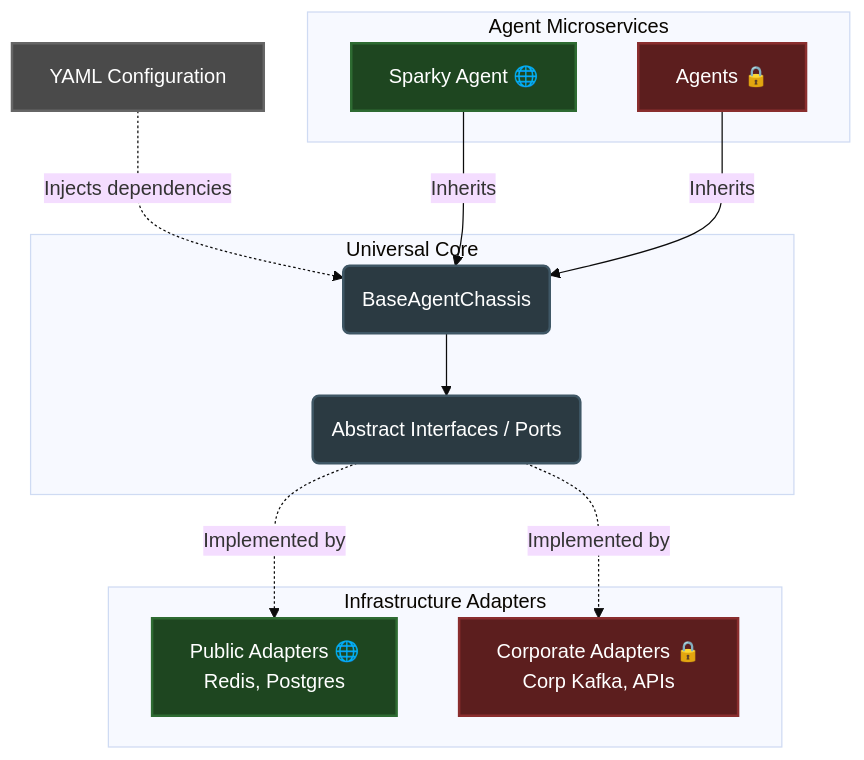
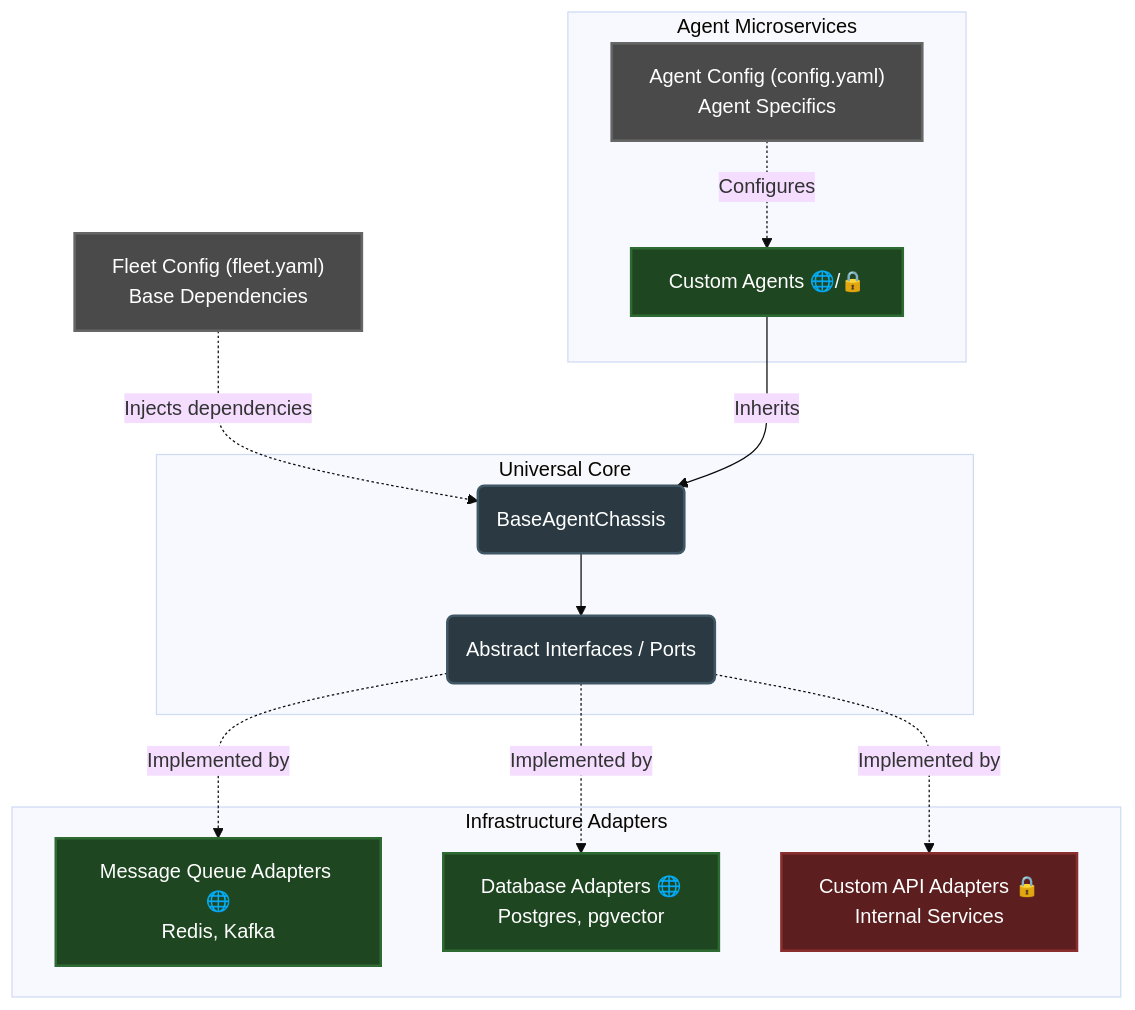
Before and after one commit to imraytiong/agentic-dev: the diagram in README.md, drawn with Mermaid (base theme). The commit also changed other lines of this file and 1 other file, not shown here.

````diff
--- a/README.md
+++ b/README.md
@@ -27,35 +27,37 @@
 ```mermaid
 flowchart TD
     %% Styling
     classDef core fill:#2b3a42,stroke:#3f5765,stroke-width:2px,color:#fff;
     classDef public fill:#1e4620,stroke:#2e6b32,stroke-width:2px,color:#fff;
     classDef private fill:#5c1e1e,stroke:#8a2e2e,stroke-width:2px,color:#fff;
-    classDef config fill:#4a4a4a,stroke:#666,stroke-width:2px,color:#fff;
+    classDef cfgNode fill:#4a4a4a,stroke:#666666,stroke-width:2px,color:#fff;
 
     %% Nodes
-    Config[YAML Configuration]:::config
+    FleetConfig["Fleet Config (fleet.yaml)<br/>Base Dependencies"]:::cfgNode
 
     subgraph CoreLayer [Universal Core]
         Chassis(BaseAgentChassis):::core
         Interfaces(Abstract Interfaces / Ports):::core
         Chassis --> Interfaces
     end
 
     subgraph AgentLayer [Agent Microservices]
-        Sparky[Sparky Agent 🌐]:::public
-        CorpAgent[Agents 🔒]:::private
+        AgentConfig["Agent Config (config.yaml)<br/>Agent Specifics"]:::cfgNode
+        CustomAgents["Custom Agents 🌐/🔒"]:::public
+        AgentConfig -. Configures .-> CustomAgents
     end
 
     subgraph InfraLayer [Infrastructure Adapters]
-        PubAdapters[Public Adapters 🌐\nRedis, Postgres]:::public
-        PrivAdapters[Corporate Adapters 🔒\nCorp Kafka, APIs]:::private
+        MsgQueue["Message Queue Adapters 🌐<br/>Redis, Kafka"]:::public
+        DBAdapter["Database Adapters 🌐<br/>Postgres, pgvector"]:::public
+        CustomAPI["Custom API Adapters 🔒<br/>Internal Services"]:::private
     end
 
     %% Connections
-    Config -. Injects dependencies .-> Chassis
-    Sparky -- Inherits --> Chassis
-    CorpAgent -- Inherits --> Chassis
+    FleetConfig -. Injects dependencies .-> Chassis
+    CustomAgents -- Inherits --> Chassis
 
-    Interfaces -. Implemented by .-> PubAdapters
-    Interfaces -. Implemented by .-> PrivAdapters
+    Interfaces -. Implemented by .-> MsgQueue
+    Interfaces -. Implemented by .-> DBAdapter
+    Interfaces -. Implemented by .-> CustomAPI
 ```
````
